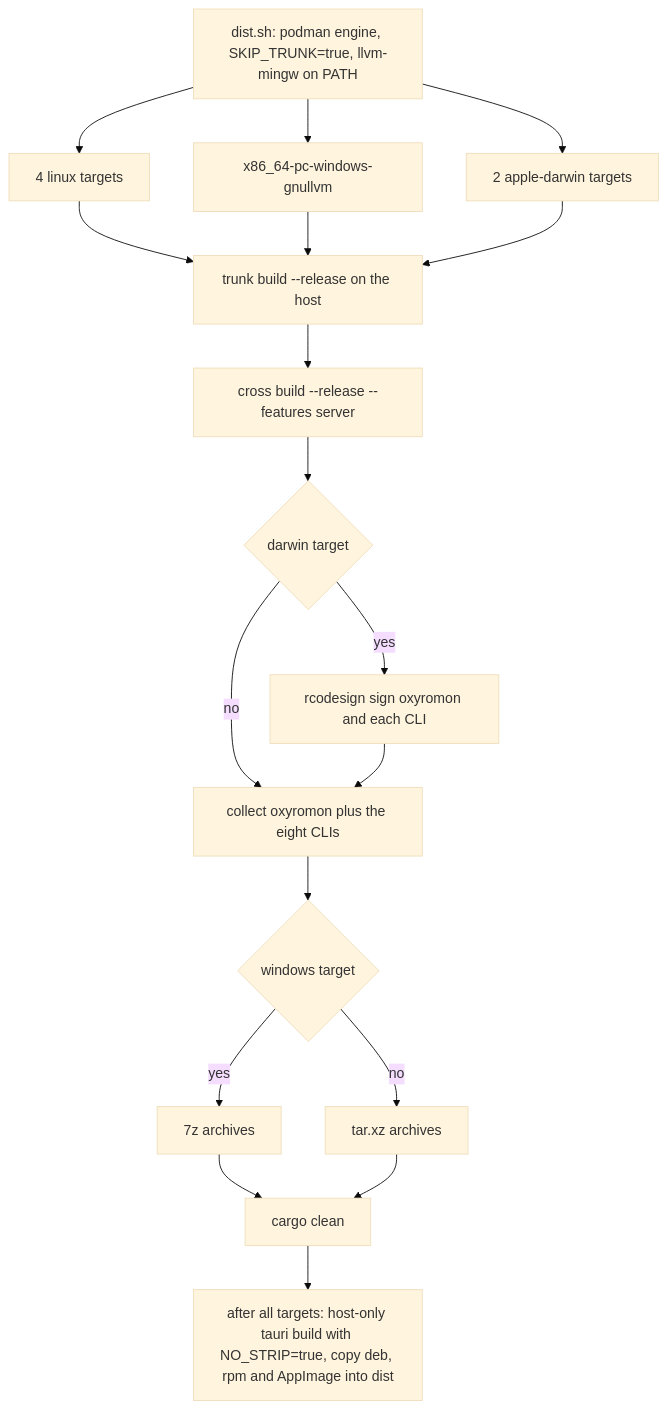
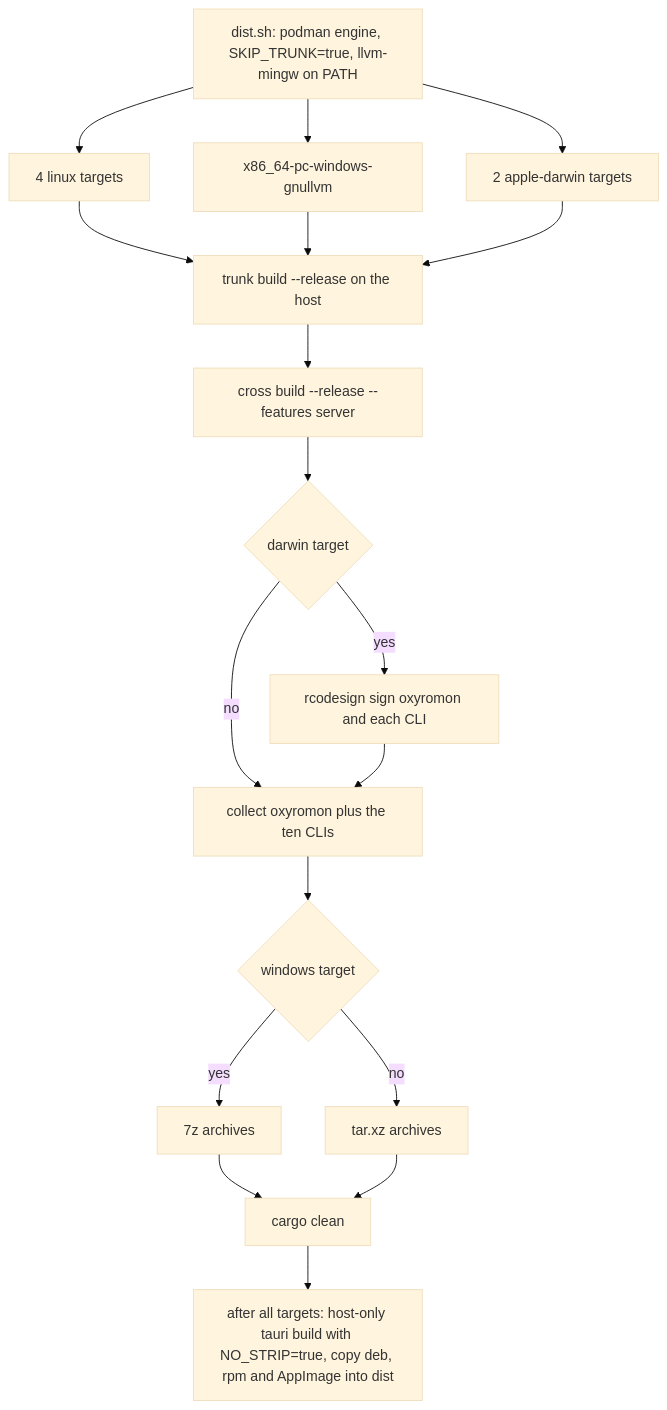
The first of 2 diagrams in openwiki/operations/build-and-release.md (alucryd/oxyromon), drawn with Mermaid (base theme) before and after one commit. The commit also changed other lines of this file and 67 other files, not shown here.

````diff
--- a/openwiki/operations/build-and-release.md
+++ b/openwiki/operations/build-and-release.md
@@ -139,20 +137,20 @@
 ```mermaid
 flowchart TD
   ENV["dist.sh: podman engine, SKIP_TRUNK=true, llvm-mingw on PATH"] --> LIN["4 linux targets"]
   ENV --> WIN["x86_64-pc-windows-gnullvm"]
   ENV --> MAC["2 apple-darwin targets"]
   LIN --> T1["trunk build --release on the host"]
   WIN --> T1
   MAC --> T1
   T1 --> C1["cross build --release --features server"]
   C1 --> ISMAC{"darwin target"}
   ISMAC -->|"yes"| SIGN["rcodesign sign oxyromon and each CLI"]
-  ISMAC -->|"no"| PACK["collect oxyromon plus the eight CLIs"]
+  ISMAC -->|"no"| PACK["collect oxyromon plus the ten CLIs"]
   SIGN --> PACK
   PACK --> ISWIN{"windows target"}
   ISWIN -->|"yes"| Z["7z archives"]
   ISWIN -->|"no"| X["tar.xz archives"]
   Z --> CLEAN["cargo clean"]
   X --> CLEAN
   CLEAN --> DESK["after all targets: host-only tauri build with NO_STRIP=true, copy deb, rpm and AppImage into dist"]
 ```
````
